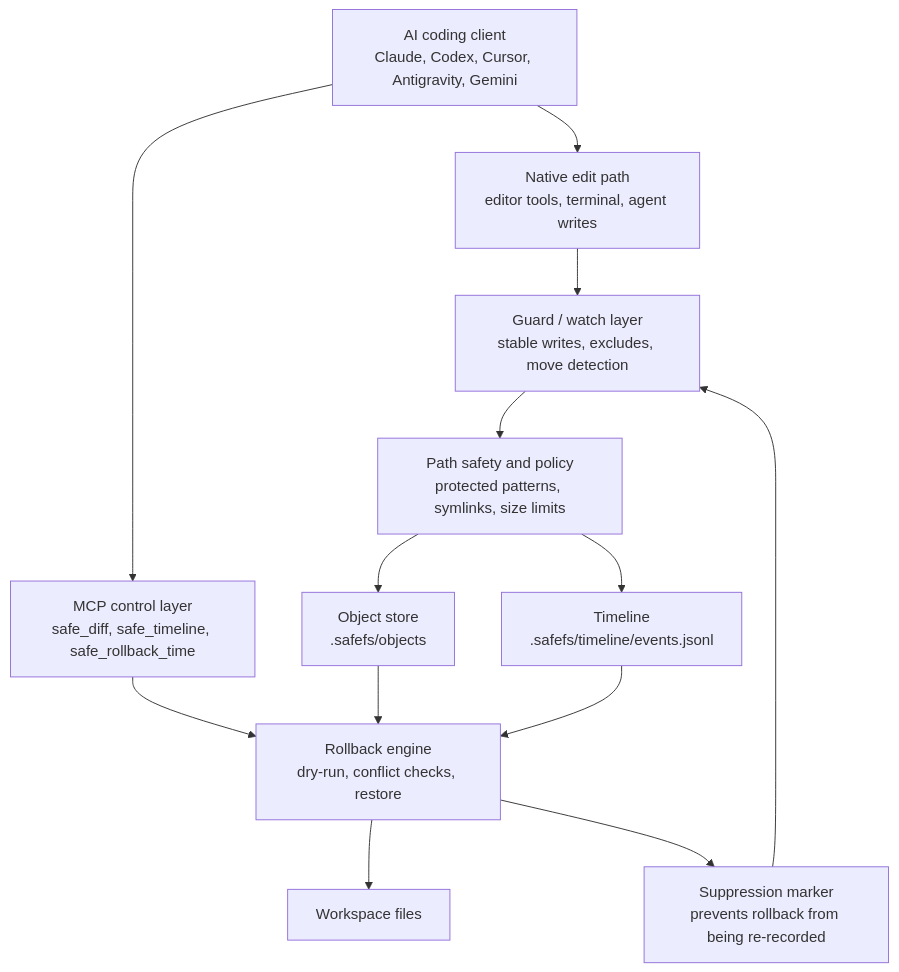
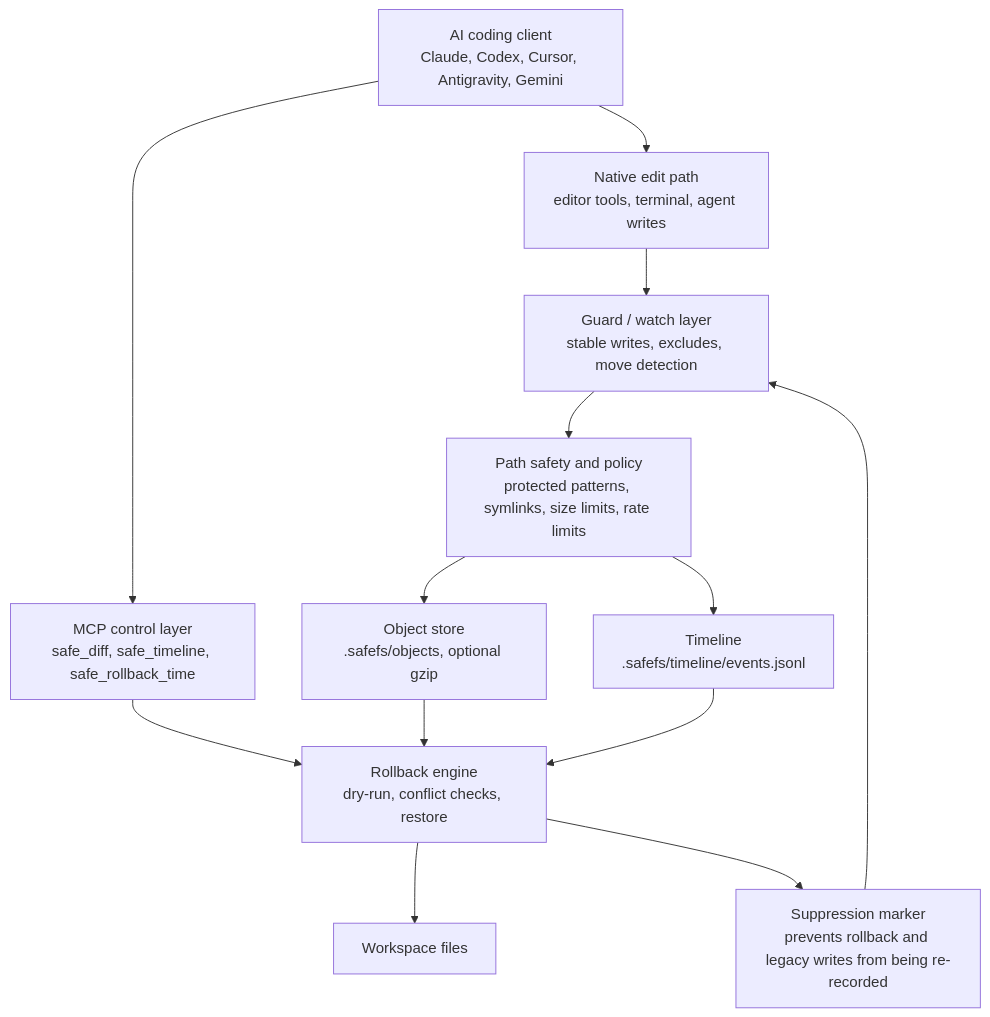
Before and after one commit to TEKERGUL/safefs-mcp: the diagram in README.md, drawn with Mermaid. The commit also changed other lines of this file and 27 other files, not shown here.

````diff
--- a/README.md
+++ b/README.md
@@ -355,15 +384,15 @@
 ```mermaid
 flowchart TD
   A["AI coding client<br/>Claude, Codex, Cursor, Antigravity, Gemini"] --> B["Native edit path<br/>editor tools, terminal, agent writes"]
   A --> C["MCP control layer<br/>safe_diff, safe_timeline, safe_rollback_time"]
   B --> D["Guard / watch layer<br/>stable writes, excludes, move detection"]
-  D --> E["Path safety and policy<br/>protected patterns, symlinks, size limits"]
-  E --> F["Object store<br/>.safefs/objects"]
+  D --> E["Path safety and policy<br/>protected patterns, symlinks, size limits, rate limits"]
+  E --> F["Object store<br/>.safefs/objects, optional gzip"]
   E --> G["Timeline<br/>.safefs/timeline/events.jsonl"]
   C --> H["Rollback engine<br/>dry-run, conflict checks, restore"]
   F --> H
   G --> H
   H --> I["Workspace files"]
-  H --> J["Suppression marker<br/>prevents rollback from being re-recorded"]
+  H --> J["Suppression marker<br/>prevents rollback and legacy writes from being re-recorded"]
   J --> D
 ```
````
